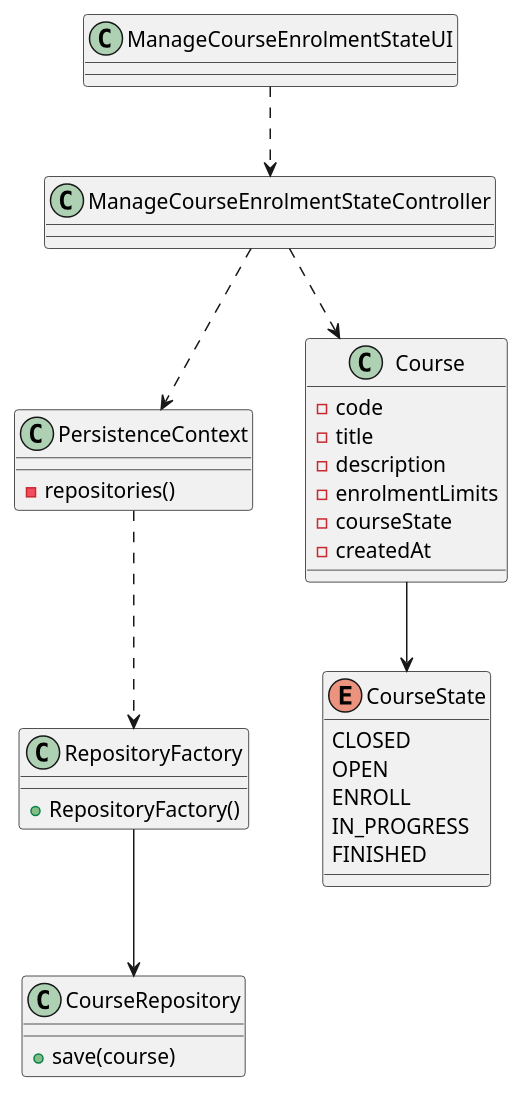
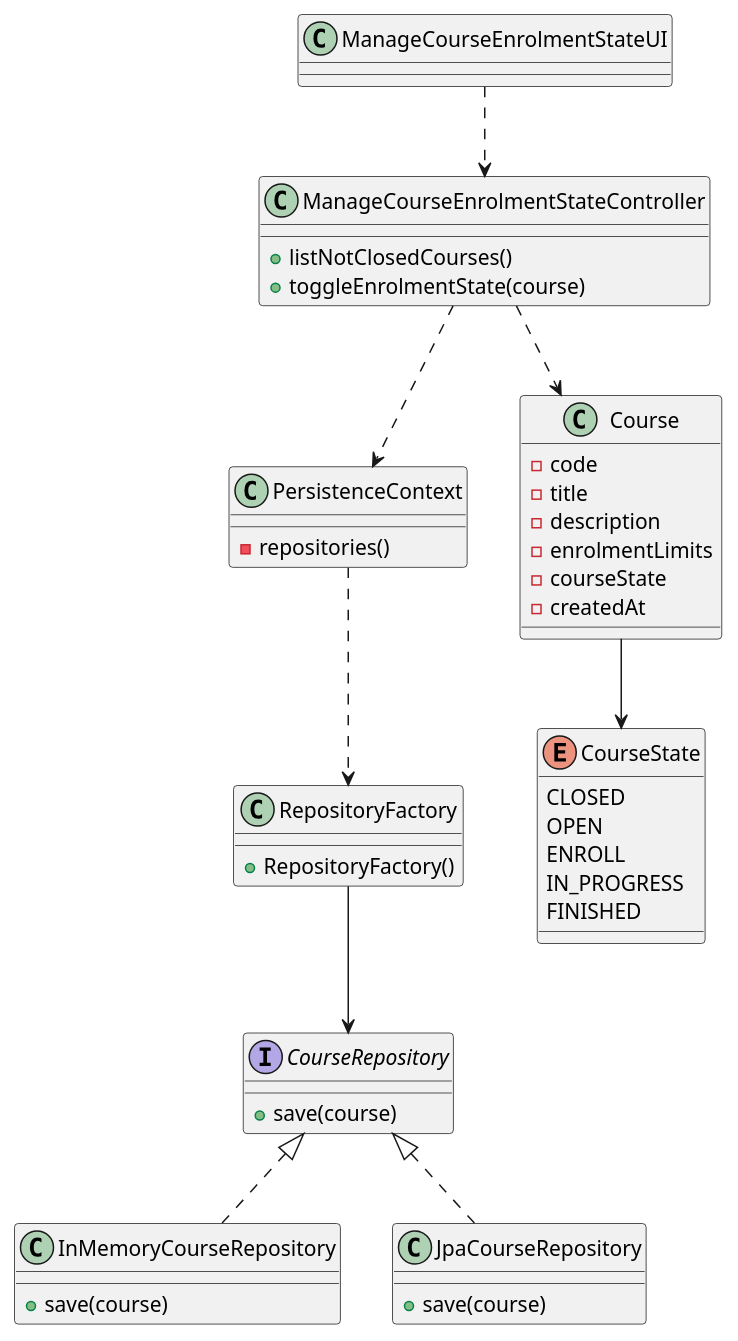
The diagram in docs/sprint-b/us09-1003/US1003_CD.puml (miseEnPlace-dev/lapr4), drawn with PlantUML before and after one commit. The commit also changed 3 other files, not shown here.

Commit message:
docs: updated class diagram (#16)

```diff
--- a/docs/sprint-b/us09-1003/US1003_CD.puml
+++ b/docs/sprint-b/us09-1003/US1003_CD.puml
@@ -1,40 +1,58 @@
 @startuml US1003_CD
 
 class RepositoryFactory {
   + RepositoryFactory()
 }
 
-class CourseRepository {
+interface CourseRepository {
+  + save(course)
+}
+
+class InMemoryCourseRepository {
+  + save(course)
+}
+
+class JpaCourseRepository {
   + save(course)
 }
 
 class PersistenceContext {
   - repositories()
+}
+
+class ManageCourseEnrolmentStateUI {}
+
+class ManageCourseEnrolmentStateController {
+  + listNotClosedCourses()
+  + toggleEnrolmentState(course)
 }
 
 class Course {
   - code
   - title
   - description
   - enrolmentLimits
   - courseState
   - createdAt
 }
 
 enum CourseState {
   CLOSED
   OPEN
   ENROLL
   IN_PROGRESS
   FINISHED
 }
 
 ManageCourseEnrolmentStateUI ..> ManageCourseEnrolmentStateController
 ManageCourseEnrolmentStateController ..> PersistenceContext
 ManageCourseEnrolmentStateController ..> Course
 PersistenceContext ..> RepositoryFactory
 RepositoryFactory --> CourseRepository
 
+CourseRepository <|.. InMemoryCourseRepository
+CourseRepository <|.. JpaCourseRepository
+
 Course --> CourseState
 
 @enduml
```
